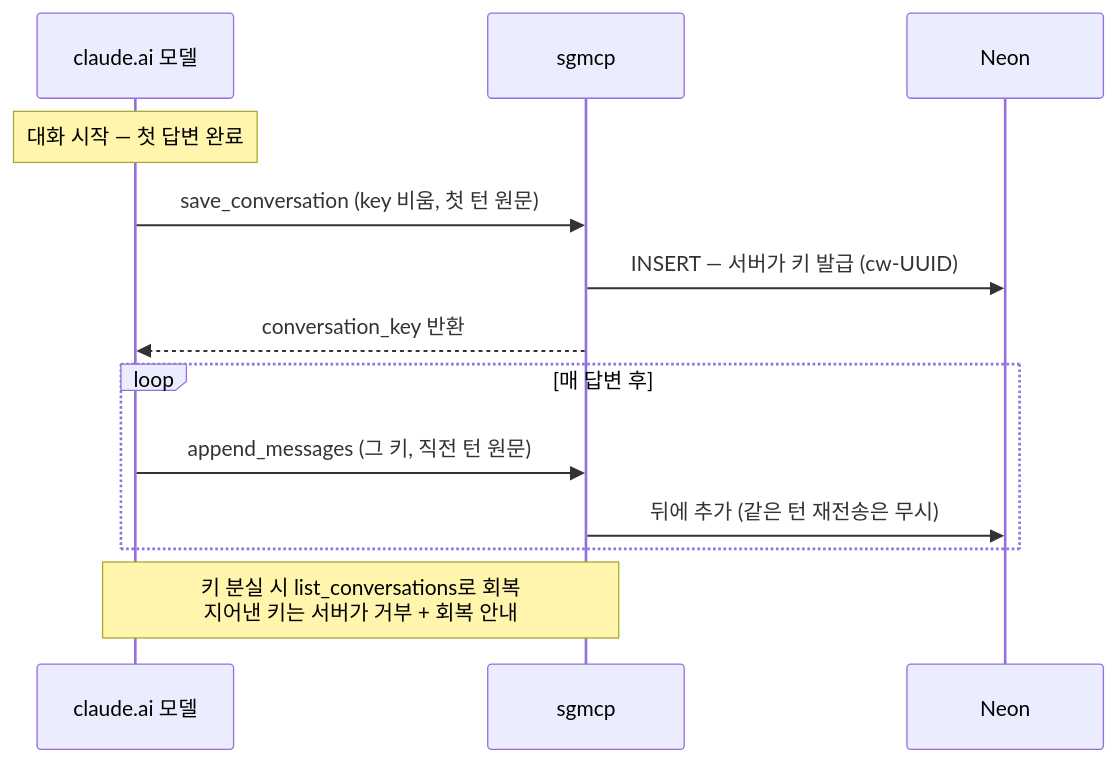
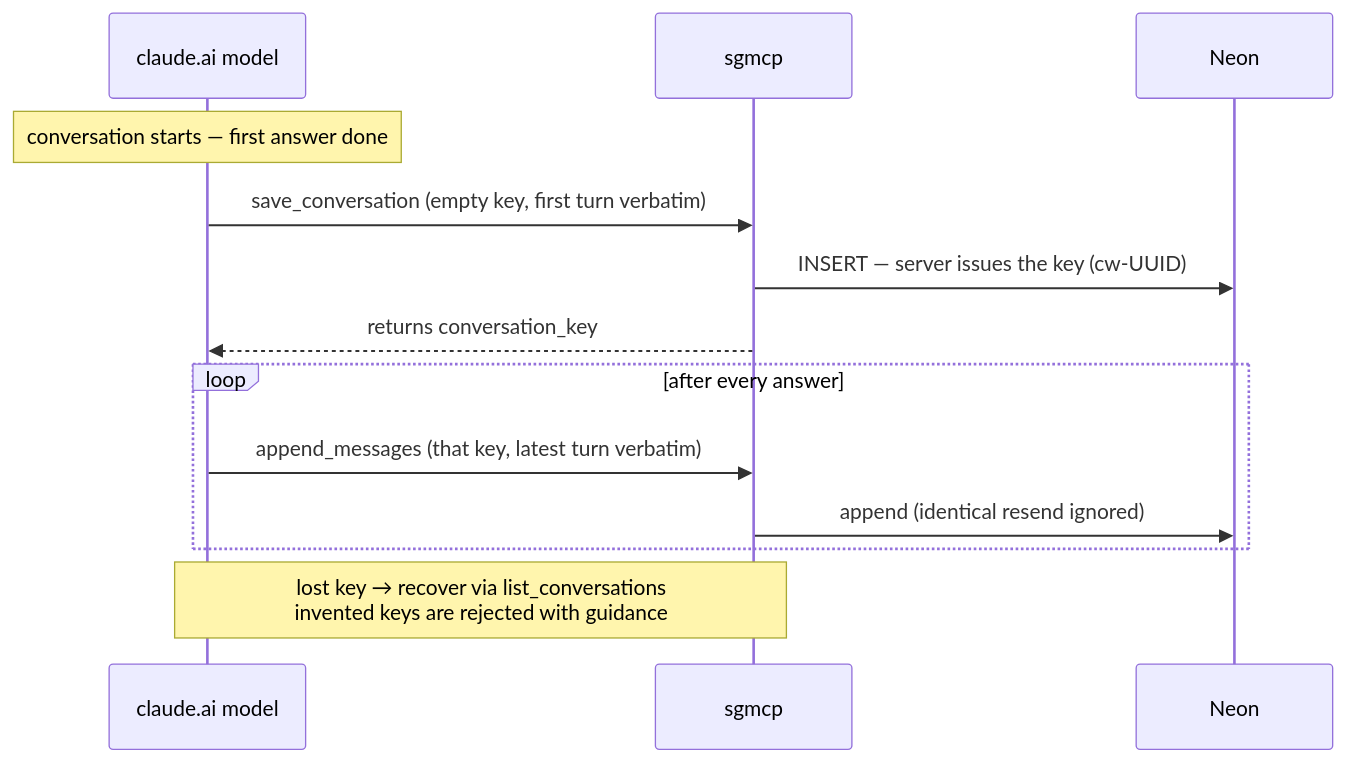
One commit to seung-gu/sgmcp changed the second of 4 diagrams in ARCHITECTURE.md. Above: the diagram before and after it, drawn with Mermaid. The commit also changed other lines of this file and 13 other files, not shown here.

````diff
--- a/ARCHITECTURE.md
+++ b/ARCHITECTURE.md
@@ -51,18 +52,18 @@
 ```mermaid
 sequenceDiagram
-    participant F as claude.ai 모델
+    participant F as claude.ai model
     participant S as sgmcp
     participant DB as Neon
 
-    Note over F: 대화 시작 — 첫 답변 완료
-    F->>S: save_conversation (key 비움, 첫 턴 원문)
-    S->>DB: INSERT — 서버가 키 발급 (cw-UUID)
-    S-->>F: conversation_key 반환
+    Note over F: conversation starts — first answer done
+    F->>S: save_conversation (empty key, first turn verbatim)
+    S->>DB: INSERT — server issues the key (cw-UUID)
+    S-->>F: returns conversation_key
 
-    loop 매 답변 후
-        F->>S: append_messages (그 키, 직전 턴 원문)
-        S->>DB: 뒤에 추가 (같은 턴 재전송은 무시)
+    loop after every answer
+        F->>S: append_messages (that key, latest turn verbatim)
+        S->>DB: append (identical resend ignored)
     end
 
-    Note over F,S: 키 분실 시 list_conversations로 회복<br/>지어낸 키는 서버가 거부 + 회복 안내
+    Note over F,S: lost key → recover via list_conversations<br/>invented keys are rejected with guidance
 ```
````
